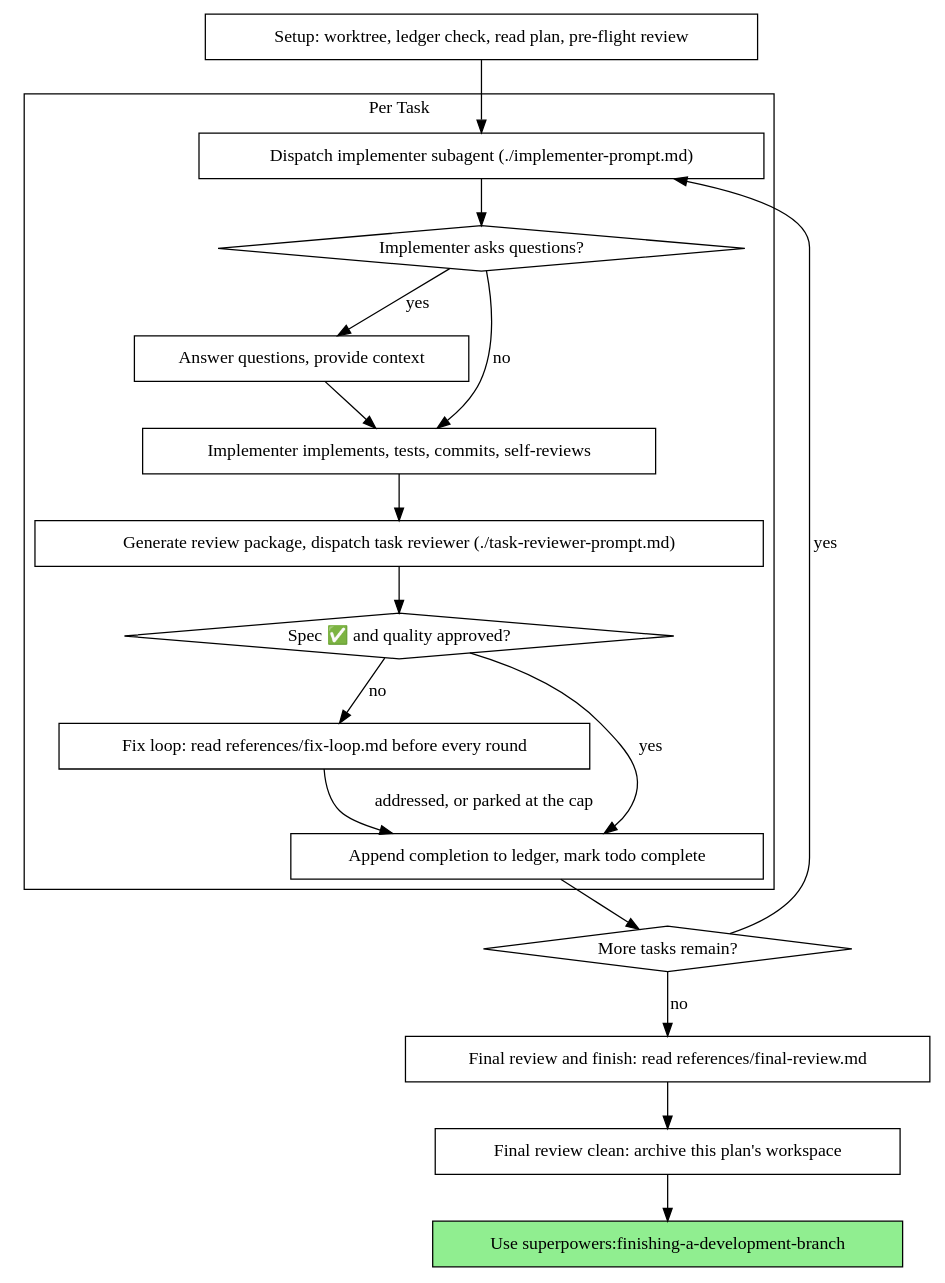
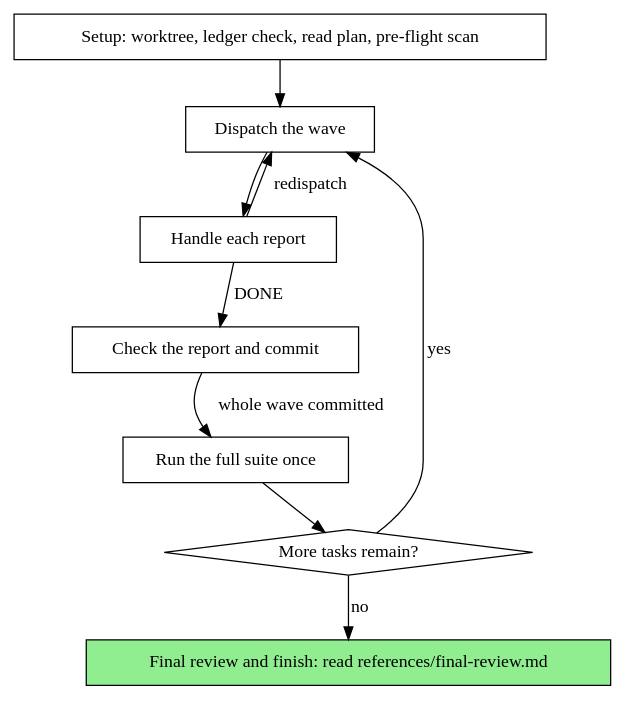
Before and after one commit to malekgxd/superpowers: the second of 2 diagrams in skills/subagent-driven-development/SKILL.md, drawn with Graphviz. The commit also changed other lines of this file and 17 other files, not shown here.

Commit message:
Task 2: subagent-driven-development drops the per-task review

````diff
--- a/skills/subagent-driven-development/SKILL.md
+++ b/skills/subagent-driven-development/SKILL.md
@@ -62,39 +63,22 @@
 ```dot
 digraph process {
     rankdir=TB;
 
-    subgraph cluster_per_task {
-        label="Per Task";
-        "Dispatch implementer subagent (./implementer-prompt.md)" [shape=box];
-        "Implementer asks questions?" [shape=diamond];
-        "Answer questions, provide context" [shape=box];
-        "Implementer implements, tests, commits, self-reviews" [shape=box];
-        "Generate review package, dispatch task reviewer (./task-reviewer-prompt.md)" [shape=box];
-        "Spec ✅ and quality approved?" [shape=diamond];
-        "Fix loop: read references/fix-loop.md before every round" [shape=box];
-        "Append completion to ledger, mark todo complete" [shape=box];
-    }
+    "Setup: worktree, ledger check, read plan, pre-flight scan" [shape=box];
+    "Dispatch the wave" [shape=box];
+    "Handle each report" [shape=box];
+    "Check the report and commit" [shape=box];
+    "Run the full suite once" [shape=box];
+    "More tasks remain?" [shape=diamond];
+    "Final review and finish: read references/final-review.md" [shape=box style=filled fillcolor=lightgreen];
 
-    "Setup: worktree, ledger check, read plan, pre-flight review" [shape=box];
-    "More tasks remain?" [shape=diamond];
-    "Final review and finish: read references/final-review.md" [shape=box];
-    "Final review clean: archive this plan's workspace" [shape=box];
-    "Use superpowers:finishing-a-development-branch" [shape=box style=filled fillcolor=lightgreen];
-
-    "Setup: worktree, ledger check, read plan, pre-flight review" -> "Dispatch implementer subagent (./implementer-prompt.md)";
-    "Dispatch implementer subagent (./implementer-prompt.md)" -> "Implementer asks questions?";
-    "Implementer asks questions?" -> "Answer questions, provide context" [label="yes"];
-    "Answer questions, provide context" -> "Implementer implements, tests, commits, self-reviews";
-    "Implementer asks questions?" -> "Implementer implements, tests, commits, self-reviews" [label="no"];
-    "Implementer implements, tests, commits, self-reviews" -> "Generate review package, dispatch task reviewer (./task-reviewer-prompt.md)";
-    "Generate review package, dispatch task reviewer (./task-reviewer-prompt.md)" -> "Spec ✅ and quality approved?";
-    "Spec ✅ and quality approved?" -> "Append completion to ledger, mark todo complete" [label="yes"];
-    "Spec ✅ and quality approved?" -> "Fix loop: read references/fix-loop.md before every round" [label="no"];
-    "Fix loop: read references/fix-loop.md before every round" -> "Append completion to ledger, mark todo complete" [label="addressed, or parked at the cap"];
-    "Append completion to ledger, mark todo complete" -> "More tasks remain?";
-    "More tasks remain?" -> "Dispatch implementer subagent (./implementer-prompt.md)" [label="yes"];
+    "Setup: worktree, ledger check, read plan, pre-flight scan" -> "Dispatch the wave";
+    "Dispatch the wave" -> "Handle each report";
+    "Handle each report" -> "Check the report and commit" [label="DONE"];
+    "Handle each report" -> "Dispatch the wave" [label="redispatch"];
+    "Check the report and commit" -> "Run the full suite once" [label="whole wave committed"];
+    "Run the full suite once" -> "More tasks remain?";
+    "More tasks remain?" -> "Dispatch the wave" [label="yes"];
     "More tasks remain?" -> "Final review and finish: read references/final-review.md" [label="no"];
-    "Final review and finish: read references/final-review.md" -> "Final review clean: archive this plan's workspace";
-    "Final review clean: archive this plan's workspace" -> "Use superpowers:finishing-a-development-branch";
 }
 ```
````
